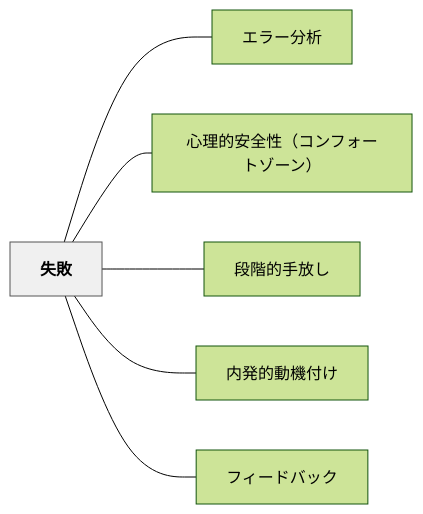
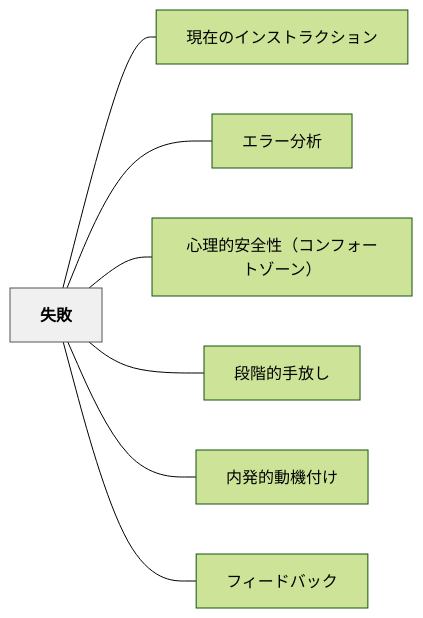
The diagram in content/パタン/失敗.md (unknownthings-ed-patterns/unknownthings-ed-patterns), drawn with Mermaid (forest theme) before and after one commit. The commit also changed other lines of this file and 473 other files, not shown here.

````diff
--- a/content/パタン/失敗.md
+++ b/content/パタン/失敗.md
@@ -71,18 +72,20 @@
 ```mermaid
 flowchart LR
     ne5a4b1e69597["失敗"]
+    ne78fbee59ca8["現在のインストラクション"]
     ne382a8e383a9["エラー分析"]
     ne5bf83e79086["心理的安全性（コンフォートゾーン）"]
     ne6aeb5e99a8e["段階的手放し"]
     ne58685e799ba["内発的動機付け"]
     ne38395e382a3["フィードバック"]
 
+    ne5a4b1e69597 --- ne78fbee59ca8
     ne5a4b1e69597 --- ne382a8e383a9
     ne5a4b1e69597 --- ne5bf83e79086
     ne5a4b1e69597 --- ne6aeb5e99a8e
     ne5a4b1e69597 --- ne58685e799ba
     ne5a4b1e69597 --- ne38395e382a3
 
     classDef hub fill:#f0f0f0,stroke:#555,color:#000,font-weight:bold
     class ne5a4b1e69597 hub
 ```
````
